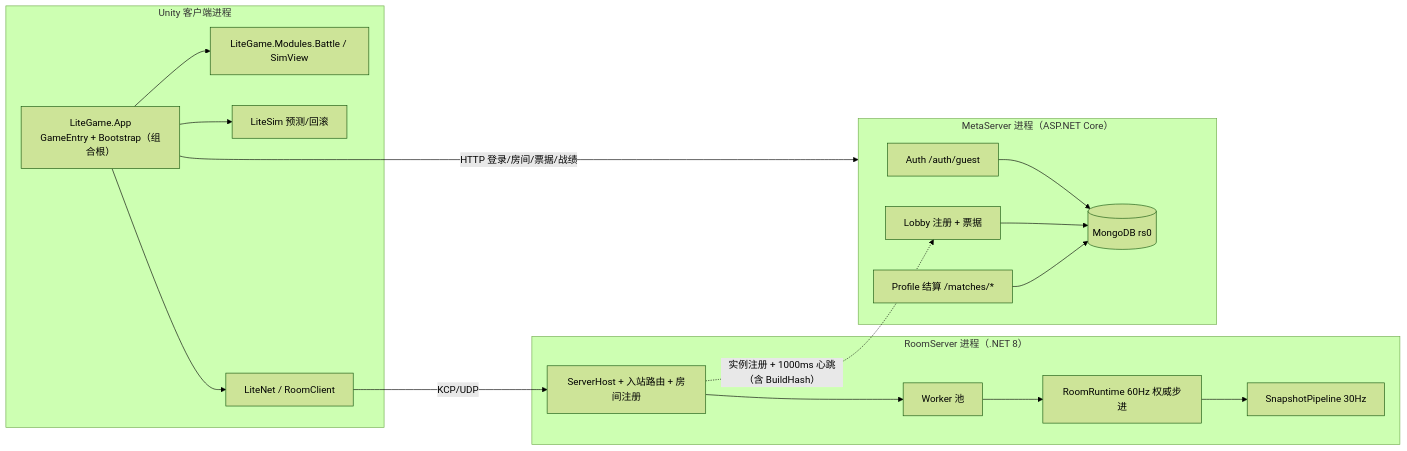
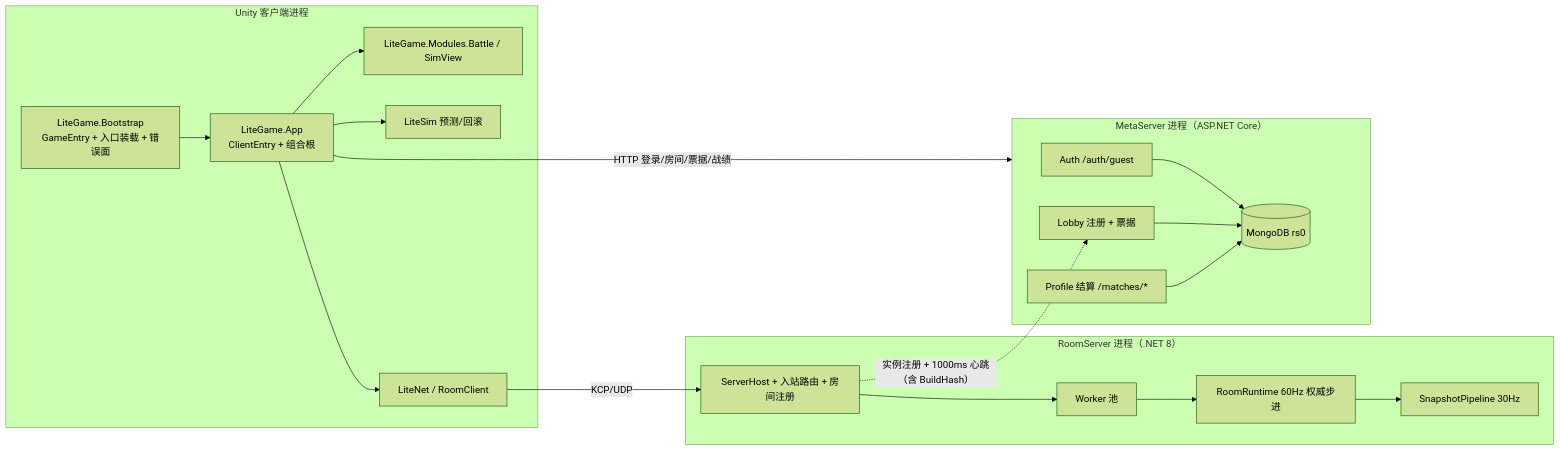
Before and after one commit to highhunter777/LiteFrameWork: the diagram in Docs/说明/02-架构总览与程序集分层.md, drawn with Mermaid (forest theme). The commit also changed other lines of this file and 39 other files, not shown here.

Commit message:
refactor(bootstrap): B1.5 引导拆分——Bootstrap 进程壳 + ClientEntry 反射装载

````diff
--- a/Docs/说明/02-架构总览与程序集分层.md
+++ b/Docs/说明/02-架构总览与程序集分层.md
@@ -102,31 +103,33 @@
 ```mermaid
 flowchart LR
     subgraph C["Unity 客户端进程"]
-        APP["LiteGame.App<br/>GameEntry + Bootstrap（组合根）"]
+        BOOT["LiteGame.Bootstrap<br/>GameEntry + 入口装载 + 错误面"]
+        APP["LiteGame.App<br/>ClientEntry + 组合根"]
+        BOOT --> APP
         VIEW["LiteGame.Modules.Battle / SimView"]
         SIM["LiteSim 预测/回滚"]
         NET["LiteNet / RoomClient"]
         APP --> VIEW
         APP --> SIM
         APP --> NET
     end
     subgraph R["RoomServer 进程（.NET 8）"]
         HOST["ServerHost + 入站路由 + 房间注册"]
         WORKER["Worker 池"]
         KERNEL["RoomRuntime 60Hz 权威步进"]
         PIPE["SnapshotPipeline 30Hz"]
         HOST --> WORKER --> KERNEL --> PIPE
     end
     subgraph M["MetaServer 进程（ASP.NET Core）"]
         AUTH["Auth /auth/guest"]
         LOBBY["Lobby 注册 + 票据"]
         PROF["Profile 结算 /matches/*"]
         MONGO[("MongoDB rs0")]
         AUTH --> MONGO
         LOBBY --> MONGO
         PROF --> MONGO
     end
     NET -- "KCP/UDP" --> HOST
     APP -- "HTTP 登录/房间/票据/战绩" --> M
     HOST -. "实例注册 + 1000ms 心跳（含 BuildHash）" .-> LOBBY
 ```
````
